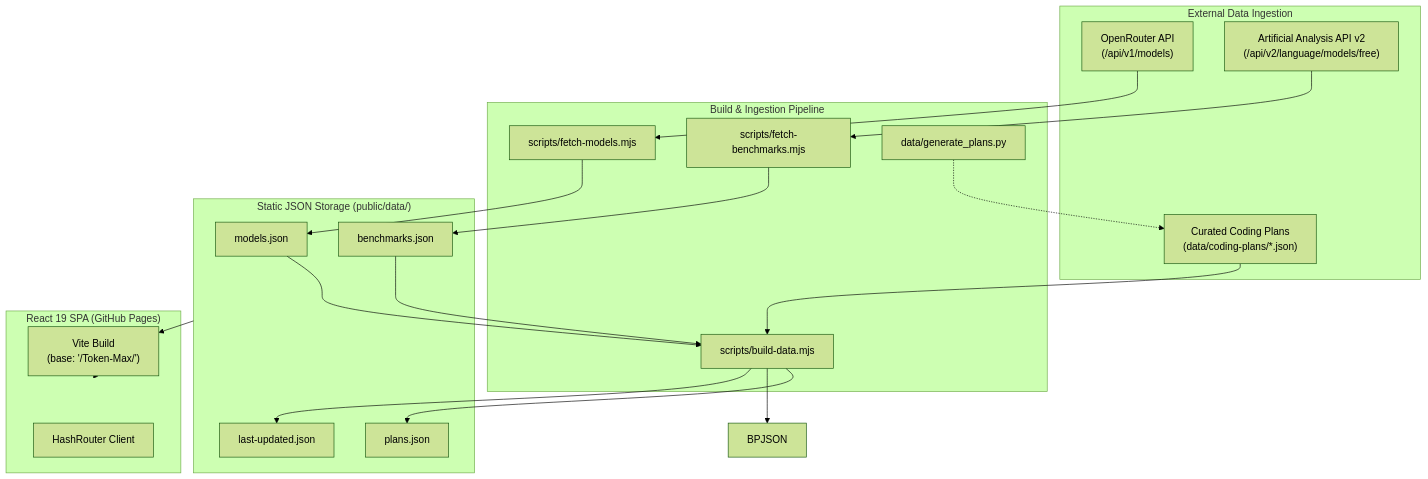
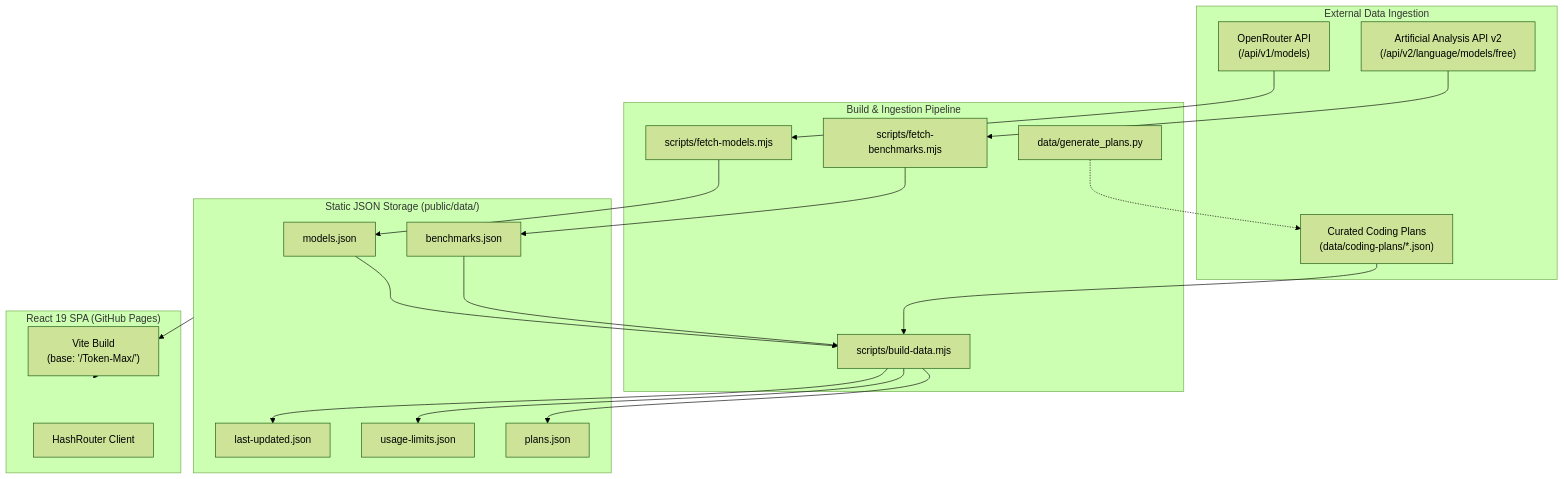
Before and after one commit to Heretek-AI/Token-Max: the diagram in docs/MAINTAINABILITY.md, drawn with Mermaid (forest theme). The commit also changed other lines of this file and 12 other files, not shown here.

Commit message:
docs: update agent files, documentation, and tracking sources for usage-limits export and plan audits

````diff
--- a/docs/MAINTAINABILITY.md
+++ b/docs/MAINTAINABILITY.md
@@ -11,39 +11,40 @@
 ```mermaid
 flowchart TD
     subgraph DataSources["External Data Ingestion"]
         OR["OpenRouter API<br/>(/api/v1/models)"]
         AA["Artificial Analysis API v2<br/>(/api/v2/language/models/free)"]
         CP["Curated Coding Plans<br/>(data/coding-plans/*.json)"]
     end
 
     subgraph BuildPipeline["Build & Ingestion Pipeline"]
         FM["scripts/fetch-models.mjs"]
         FB["scripts/fetch-benchmarks.mjs"]
         BD["scripts/build-data.mjs"]
         GP["data/generate_plans.py"]
     end
 
     subgraph StaticAssets["Static JSON Storage (public/data/)"]
         MJSON["models.json"]
         BJSON["benchmarks.json"]
         PJSON["plans.json"]
+        UJSON["usage-limits.json"]
         LUJSON["last-updated.json"]
     end
 
     subgraph Frontend["React 19 SPA (GitHub Pages)"]
         Vite["Vite Build<br/>(base: '/Token-Max/')"]
         Hash["HashRouter Client"]
     end
 
     OR --> FM --> MJSON
     AA --> FB --> BJSON
     CP --> BD
     GP -.-> CP
     MJSON --> BD
     BJSON --> BD
     BD --> PJSON
-    BD --> BPJSON
+    BD --> UJSON
     BD --> LUJSON
 
     StaticAssets --> Vite --> Frontend
 ```
````
